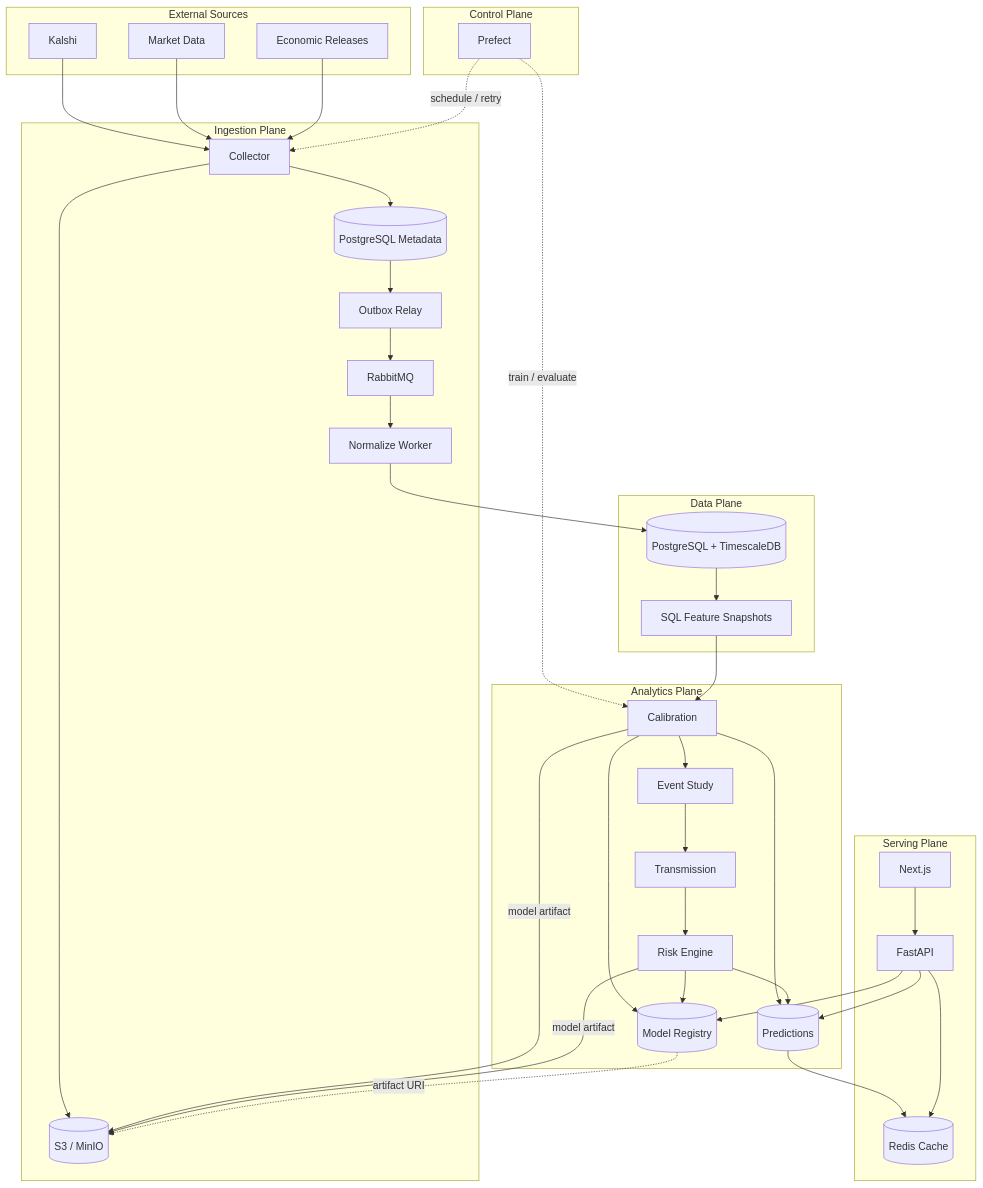
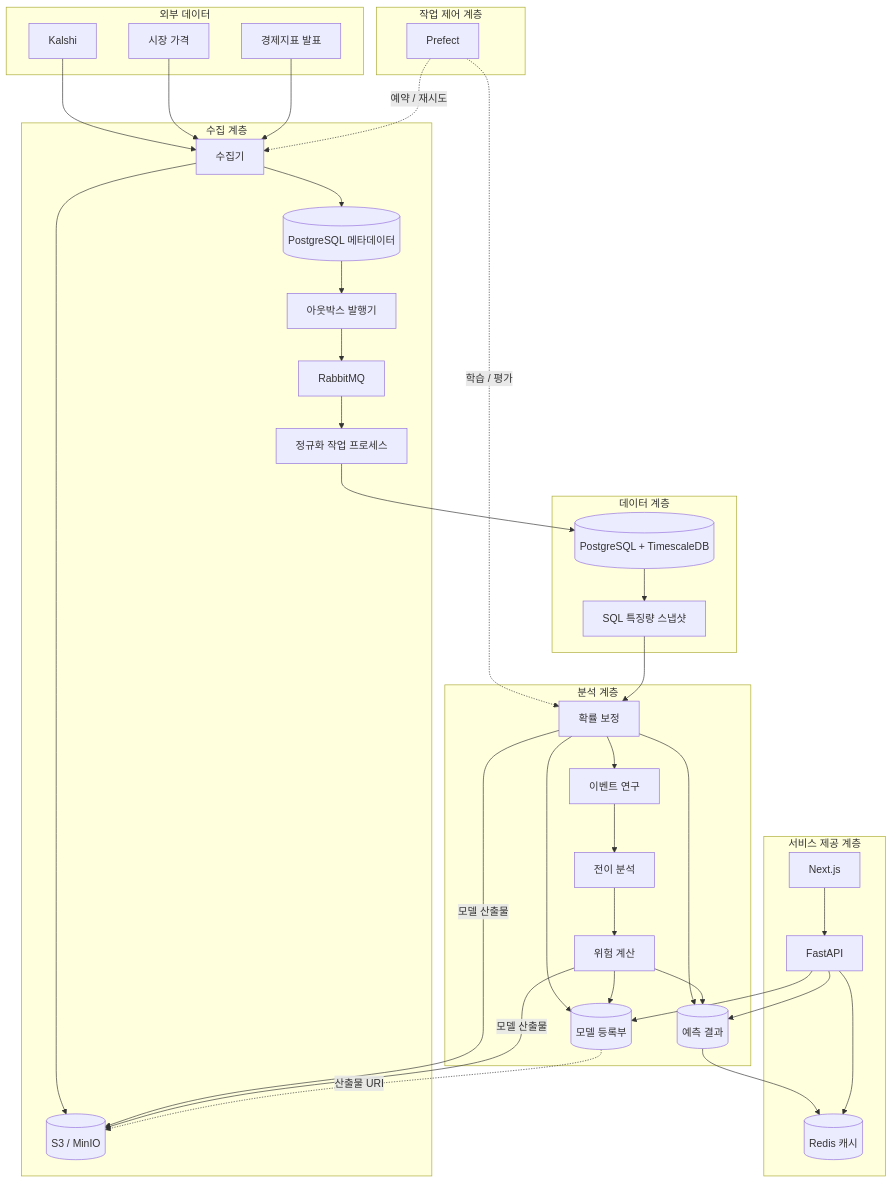
Before and after one commit to AnDev77/ShockGarph_AI: the diagram in docs/architecture.md, drawn with Mermaid. The commit also changed other lines of this file and 26 other files, not shown here.

````diff
--- a/docs/architecture.md
+++ b/docs/architecture.md
@@ -24,63 +24,57 @@
 ```mermaid
 flowchart TB
-    subgraph SOURCE["External Sources"]
+    subgraph SOURCE["외부 데이터"]
         K["Kalshi"]
-        M["Market Data"]
-        E["Economic Releases"]
+        M["시장 가격"]
+        E["경제지표 발표"]
     end
-
-    subgraph INGEST["Ingestion Plane"]
-        C["Collector"]
+    subgraph INGEST["수집 계층"]
+        C["수집기"]
         O[("S3 / MinIO")]
-        P[("PostgreSQL Metadata")]
-        X["Outbox Relay"]
+        P[("PostgreSQL 메타데이터")]
+        X["아웃박스 발행기"]
         Q["RabbitMQ"]
-        W["Normalize Worker"]
+        W["정규화 작업 프로세스"]
     end
-
-    subgraph DATA["Data Plane"]
+    subgraph DATA["데이터 계층"]
         T[("PostgreSQL + TimescaleDB")]
-        F["SQL Feature Snapshots"]
+        F["SQL 특징량 스냅샷"]
     end
-
-    subgraph CONTROL["Control Plane"]
+    subgraph CONTROL["작업 제어 계층"]
         PF["Prefect"]
     end
-
-    subgraph ANALYTICS["Analytics Plane"]
-        CAL["Calibration"]
-        ES["Event Study"]
-        TR["Transmission"]
-        RK["Risk Engine"]
-        MR[("Model Registry")]
-        PR[("Predictions")]
+    subgraph ANALYTICS["분석 계층"]
+        CAL["확률 보정"]
+        ES["이벤트 연구"]
+        TR["전이 분석"]
+        RK["위험 계산"]
+        MR[("모델 등록부")]
+        PR[("예측 결과")]
     end
-
-    subgraph SERVING["Serving Plane"]
-        R[("Redis Cache")]
+    subgraph SERVING["서비스 제공 계층"]
+        R[("Redis 캐시")]
         A["FastAPI"]
         N["Next.js"]
     end
-
     K --> C
     M --> C
     E --> C
     C --> O
     C --> P --> X --> Q --> W
     W --> T --> F
-    PF -. "schedule / retry" .-> C
-    PF -. "train / evaluate" .-> CAL
+    PF -. "예약 / 재시도" .-> C
+    PF -. "학습 / 평가" .-> CAL
     F --> CAL --> ES --> TR --> RK
     CAL --> MR
     RK --> MR
     CAL --> PR
     RK --> PR
-    CAL -->|"model artifact"| O
-    RK -->|"model artifact"| O
-    MR -. "artifact URI" .-> O
+    CAL -->|"모델 산출물"| O
+    RK -->|"모델 산출물"| O
+    MR -. "산출물 URI" .-> O
     PR --> R
     N --> A
     A --> R
     A --> PR
     A --> MR
 ```
````
